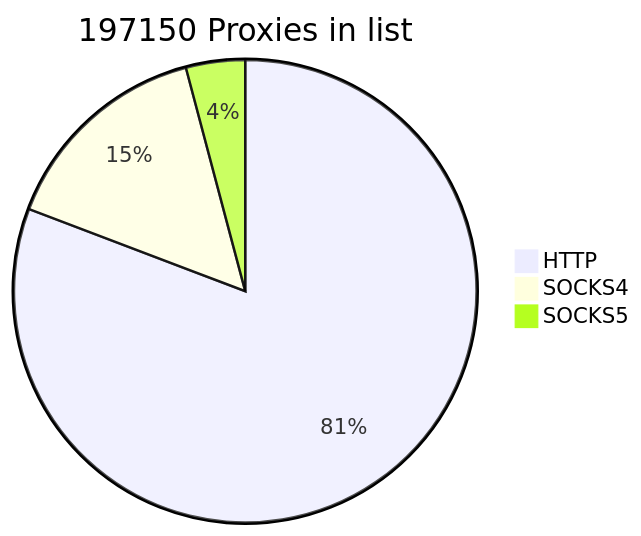
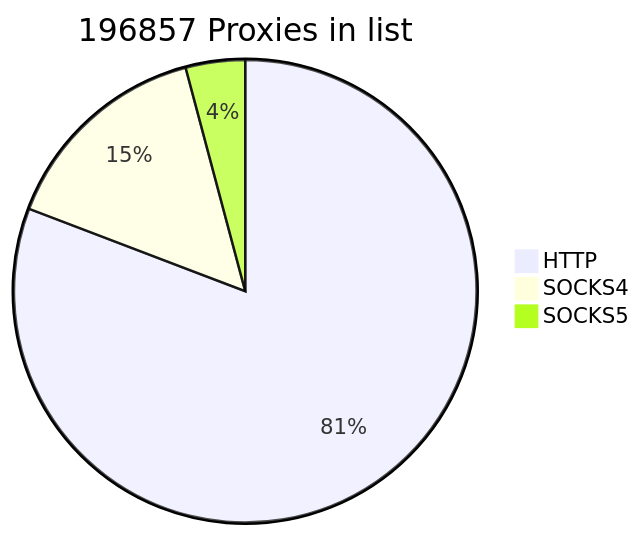
Before and after one commit to cutipu/proxylist: the first of 2 diagrams in README.md, drawn with Mermaid. The commit also changed other lines of this file, not shown here.

````diff
--- a/README.md
+++ b/README.md
@@ -2,7 +2,7 @@
 ```mermaid
-pie title 197150 Proxies in list
-    "HTTP" : 159259
-    "SOCKS4" : 29746
-    "SOCKS5" : 8145
+pie title 196857 Proxies in list
+    "HTTP" : 159059
+    "SOCKS4" : 29631
+    "SOCKS5" : 8167
             
 ```
````
